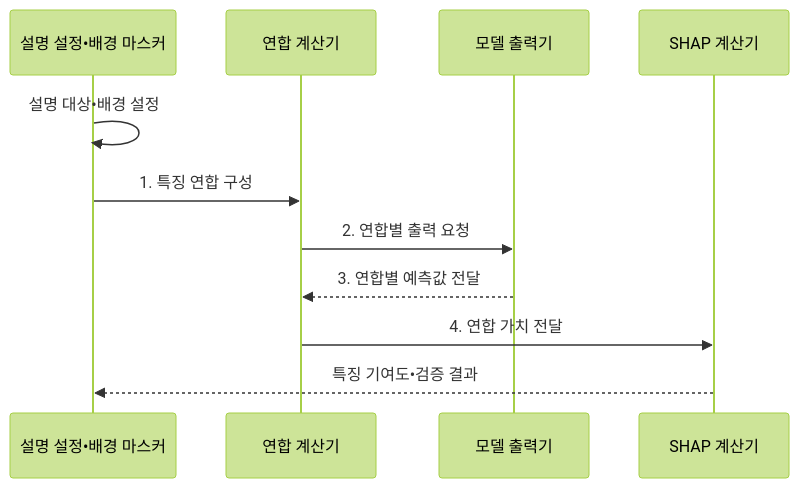
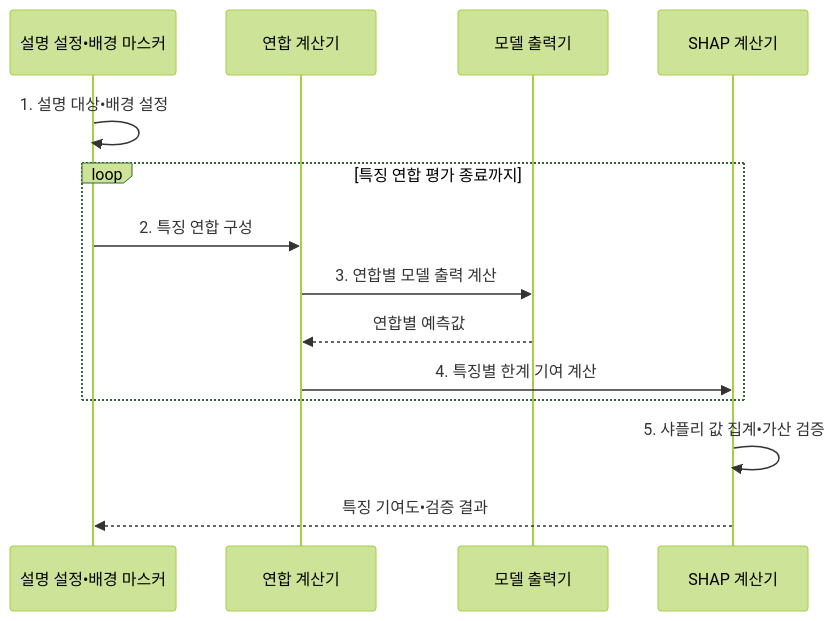
Before and after one commit to agnusdei1207/knowledge-base: the second of 2 diagrams in src/content/docs/notes/08-latest-tech/106_shap.md, drawn with Mermaid (forest theme). The commit also changed other lines of this file and 15 other files, not shown here.

````diff
--- a/src/content/docs/notes/08-latest-tech/106_shap.md
+++ b/src/content/docs/notes/08-latest-tech/106_shap.md
@@ -109,13 +109,16 @@
 ```mermaid
 sequenceDiagram
     participant B as 설명 설정•배경 마스커
     participant C as 연합 계산기
     participant M as 모델 출력기
     participant S as SHAP 계산기
-    B->>B: 설명 대상•배경 설정
-    B->>C: 1. 특징 연합 구성
-    C->>M: 2. 연합별 출력 요청
-    M-->>C: 3. 연합별 예측값 전달
-    C->>S: 4. 연합 가치 전달
+    B->>B: 1. 설명 대상•배경 설정
+    loop 특징 연합 평가 종료까지
+        B->>C: 2. 특징 연합 구성
+        C->>M: 3. 연합별 모델 출력 계산
+        M-->>C: 연합별 예측값
+        C->>S: 4. 특징별 한계 기여 계산
+    end
+    S->>S: 5. 샤플리 값 집계•가산 검증
     S-->>B: 특징 기여도•검증 결과
 ```
````
